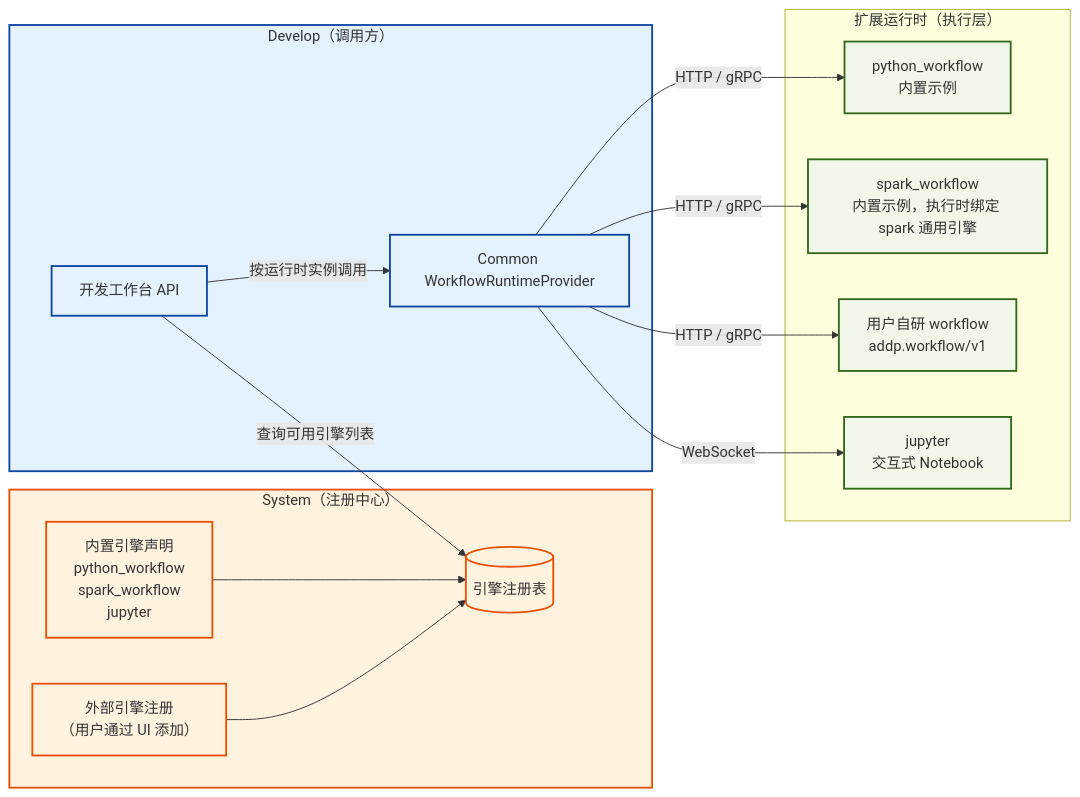
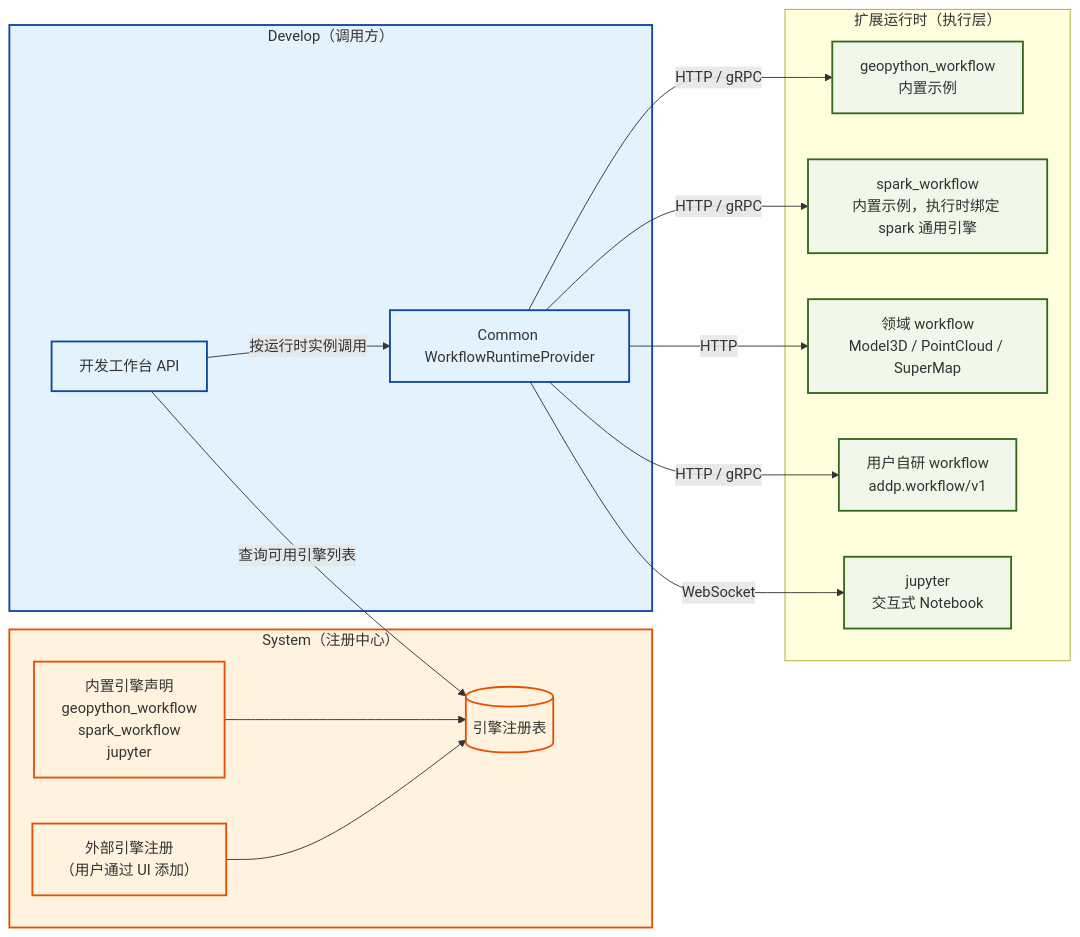
One commit to pampa0629/addp changed the tenth of 12 diagrams in docs/concepts/addp模块架构图.md. Above: the diagram before and after it, drawn with Mermaid. The commit also changed other lines of this file and 175 other files, not shown here.

````diff
--- a/docs/concepts/addp模块架构图.md
+++ b/docs/concepts/addp模块架构图.md
@@ -680,36 +687,38 @@
 ```mermaid
 graph LR
     subgraph System["System（注册中心）"]
         EngineDB[(引擎注册表)]
-        BuiltIn["内置引擎声明<br/>python_workflow<br/>spark_workflow<br/>jupyter"]
+        BuiltIn["内置引擎声明<br/>geopython_workflow<br/>spark_workflow<br/>jupyter"]
         External["外部引擎注册<br/>（用户通过 UI 添加）"]
         BuiltIn --> EngineDB
         External --> EngineDB
     end
 
     subgraph Develop["Develop（调用方）"]
         DevAPI["开发工作台 API"]
         DevAPI -->|"查询可用引擎列表"| EngineDB
         DevAPI -->|"按运行时实例调用"| EngineRouter["Common WorkflowRuntimeProvider"]
     end
 
     subgraph Engines["扩展运行时（执行层）"]
-        PyWF["python_workflow<br/>内置示例"]
+        PyWF["geopython_workflow<br/>内置示例"]
         SparkWF["spark_workflow<br/>内置示例，执行时绑定 spark 通用引擎"]
+        DomainWF["领域 workflow<br/>Model3D / PointCloud / SuperMap"]
         CustomWF["用户自研 workflow<br/>addp.workflow/v1"]
         Jupyter["jupyter<br/>交互式 Notebook"]
     end
 
     EngineRouter -->|"HTTP / gRPC"| PyWF
     EngineRouter -->|"HTTP / gRPC"| SparkWF
+    EngineRouter -->|"HTTP"| DomainWF
     EngineRouter -->|"HTTP / gRPC"| CustomWF
     EngineRouter -->|"WebSocket"| Jupyter
 
     classDef system fill:#fff3e0,stroke:#e65100,stroke-width:2px
     classDef develop fill:#e3f2fd,stroke:#0d47a1,stroke-width:2px
     classDef engine fill:#f1f8e9,stroke:#33691e,stroke-width:2px
 
     class System,EngineDB,BuiltIn,External system
     class Develop,DevAPI,EngineRouter develop
-    class PyWF,SparkWF,CustomWF,Jupyter engine
+    class PyWF,SparkWF,DomainWF,CustomWF,Jupyter engine
 ```
````
